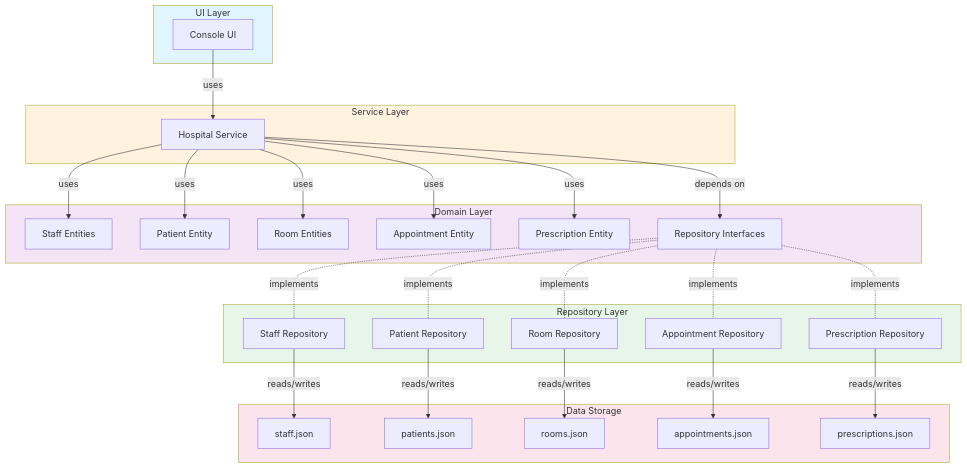
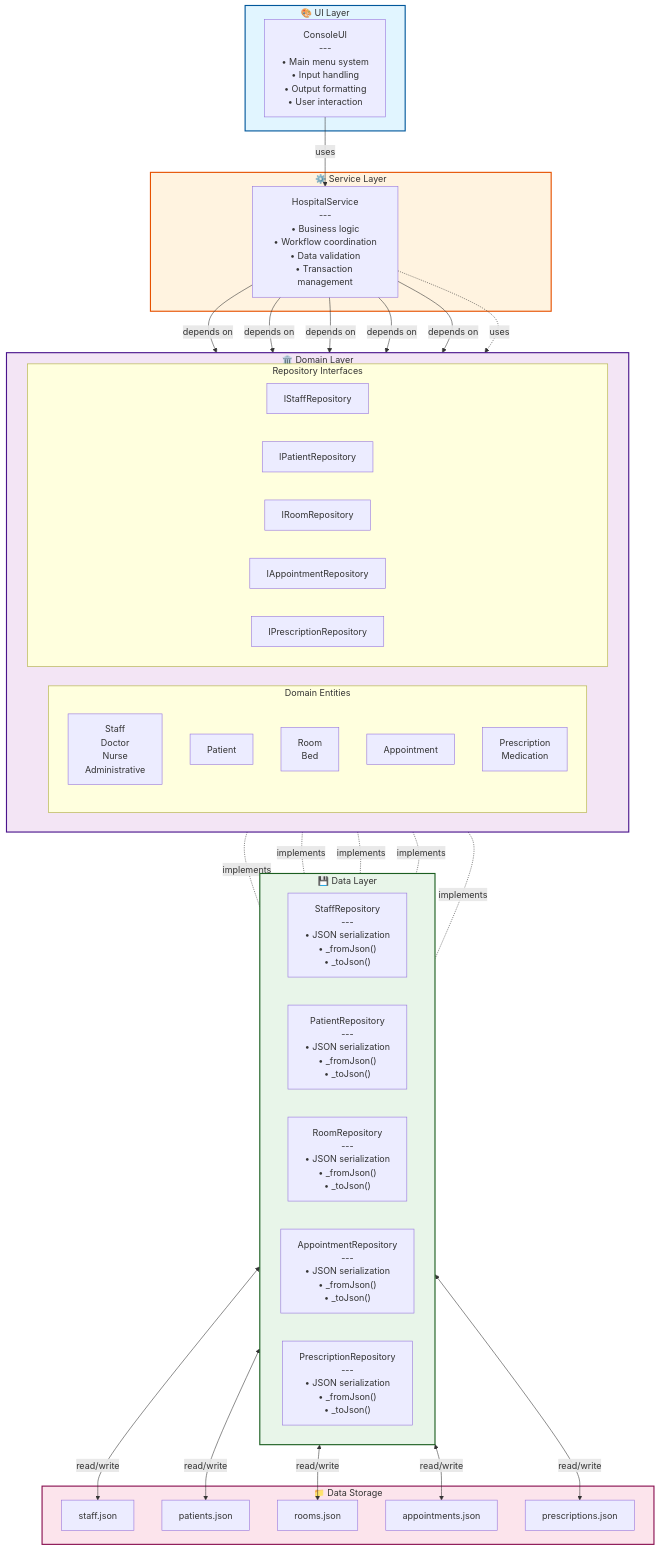
Before and after one commit to longboren/Hospital_Management_Systems: the ninth of 12 diagrams in UML_DIAGRAMS.md, drawn with Mermaid. The commit also changed other lines of this file and 8 other files, not shown here.

````diff
--- a/UML_DIAGRAMS.md
+++ b/UML_DIAGRAMS.md
@@ -599,61 +796,75 @@
 ```mermaid
 graph TB
-    subgraph UI["UI Layer"]
-        ConsoleUI[Console UI]
+    subgraph UI["🎨 UI Layer"]
+        ConsoleUI["ConsoleUI<br/>---<br/>• Main menu system<br/>• Input handling<br/>• Output formatting<br/>• User interaction"]
     end
     
-    subgraph Service["Service Layer"]
-        HospitalService[Hospital Service]
+    subgraph Service["⚙️ Service Layer"]
+        HospitalService["HospitalService<br/>---<br/>• Business logic<br/>• Workflow coordination<br/>• Data validation<br/>• Transaction management"]
     end
     
-    subgraph Domain["Domain Layer"]
-        Staff[Staff Entities]
-        Patient[Patient Entity]
-        Room[Room Entities]
-        Appointment[Appointment Entity]
-        Prescription[Prescription Entity]
-        RepoInterfaces[Repository Interfaces]
+    subgraph Domain["🏛️ Domain Layer"]
+        direction LR
+        
+        subgraph Entities["Domain Entities"]
+            Staff["Staff<br/>Doctor<br/>Nurse<br/>Administrative"]
+            Patient["Patient"]
+            Room["Room<br/>Bed"]
+            Appointment["Appointment"]
+            Prescription["Prescription<br/>Medication"]
+        end
+        
+        subgraph Interfaces["Repository Interfaces"]
+            IStaffRepo["IStaffRepository"]
+            IPatientRepo["IPatientRepository"]
+            IRoomRepo["IRoomRepository"]
+            IApptRepo["IAppointmentRepository"]
+            IPrescRepo["IPrescriptionRepository"]
+        end
     end
     
-    subgraph Repository["Repository Layer"]
-        StaffRepo[Staff Repository]
-        PatientRepo[Patient Repository]
-        RoomRepo[Room Repository]
-        ApptRepo[Appointment Repository]
-        PrescRepo[Prescription Repository]
+    subgraph Data["💾 Data Layer"]
+        direction LR
+        StaffRepo["StaffRepository<br/>---<br/>• JSON serialization<br/>• _fromJson()<br/>• _toJson()"]
+        PatientRepo["PatientRepository<br/>---<br/>• JSON serialization<br/>• _fromJson()<br/>• _toJson()"]
+        RoomRepo["RoomRepository<br/>---<br/>• JSON serialization<br/>• _fromJson()<br/>• _toJson()"]
+        ApptRepo["AppointmentRepository<br/>---<br/>• JSON serialization<br/>• _fromJson()<br/>• _toJson()"]
+        PrescRepo["PrescriptionRepository<br/>---<br/>• JSON serialization<br/>• _fromJson()<br/>• _toJson()"]
     end
     
-    subgraph Data["Data Storage"]
-        StaffJSON[staff.json]
-        PatientJSON[patients.json]
-        RoomJSON[rooms.json]
-        ApptJSON[appointments.json]
-        PrescJSON[prescriptions.json]
+    subgraph Storage["📁 Data Storage"]
+        StaffJSON["staff.json"]
+        PatientJSON["patients.json"]
+        RoomJSON["rooms.json"]
+        ApptJSON["appointments.json"]
+        PrescJSON["prescriptions.json"]
     end
     
     ConsoleUI -->|uses| HospitalService
-    HospitalService -->|depends on| RepoInterfaces
-    HospitalService -->|uses| Staff
-    HospitalService -->|uses| Patient
-    HospitalService -->|uses| Room
-    HospitalService -->|uses| Appointment
-    HospitalService -->|uses| Prescription
     
-    RepoInterfaces -.implements.- StaffRepo
-    RepoInterfaces -.implements.- PatientRepo
-    RepoInterfaces -.implements.- RoomRepo
-    RepoInterfaces -.implements.- ApptRepo
-    RepoInterfaces -.implements.- PrescRepo
+    HospitalService -->|depends on| IStaffRepo
+    HospitalService -->|depends on| IPatientRepo
+    HospitalService -->|depends on| IRoomRepo
+    HospitalService -->|depends on| IApptRepo
+    HospitalService -->|depends on| IPrescRepo
     
-    StaffRepo -->|reads/writes| StaffJSON
-    PatientRepo -->|reads/writes| PatientJSON
-    RoomRepo -->|reads/writes| RoomJSON
-    ApptRepo -->|reads/writes| ApptJSON
-    PrescRepo -->|reads/writes| PrescJSON
+    HospitalService -.->|uses| Entities
     
-    style UI fill:#e1f5ff
-    style Service fill:#fff3e0
-    style Domain fill:#f3e5f5
-    style Repository fill:#e8f5e9
-    style Data fill:#fce4ec
+    IStaffRepo -.implements.- StaffRepo
+    IPatientRepo -.implements.- PatientRepo
+    IRoomRepo -.implements.- RoomRepo
+    IApptRepo -.implements.- ApptRepo
+    IPrescRepo -.implements.- PrescRepo
+    
+    StaffRepo <-->|read/write| StaffJSON
+    PatientRepo <-->|read/write| PatientJSON
+    RoomRepo <-->|read/write| RoomJSON
+    ApptRepo <-->|read/write| ApptJSON
+    PrescRepo <-->|read/write| PrescJSON
+    
+    style UI fill:#e1f5ff,stroke:#01579b,stroke-width:2px
+    style Service fill:#fff3e0,stroke:#e65100,stroke-width:2px
+    style Domain fill:#f3e5f5,stroke:#4a148c,stroke-width:2px
+    style Data fill:#e8f5e9,stroke:#1b5e20,stroke-width:2px
+    style Storage fill:#fce4ec,stroke:#880e4f,stroke-width:2px
 ```
````
